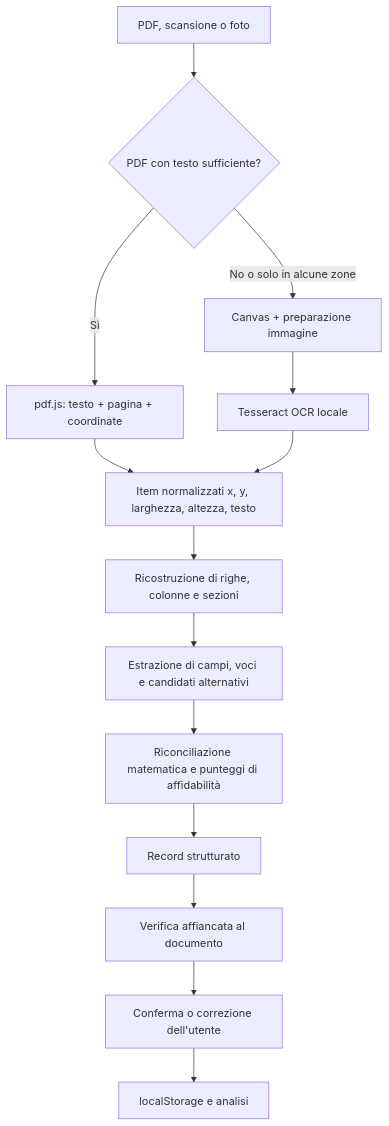
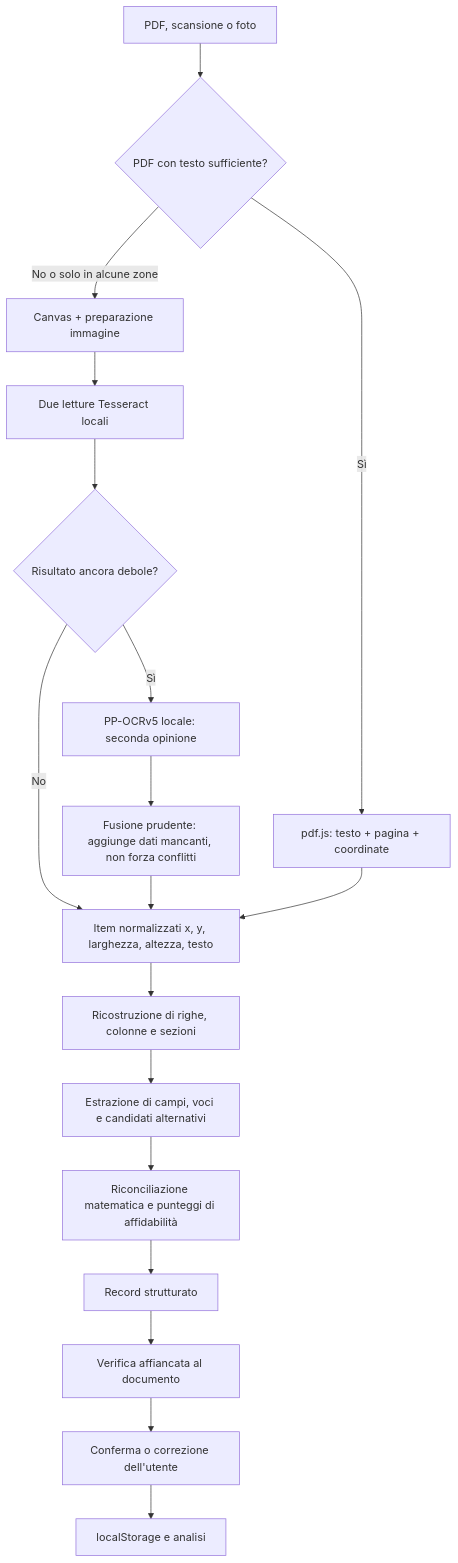
The diagram in README.md (MarvinBonazzo/bustachiara), drawn with Mermaid before and after one commit. The commit also changed other lines of this file and 23 other files, not shown here.

````diff
--- a/README.md
+++ b/README.md
@@ -431,16 +435,20 @@
 ```mermaid
 flowchart TD
     A["PDF, scansione o foto"] --> B{"PDF con testo sufficiente?"}
     B -->|Sì| C["pdf.js: testo + pagina + coordinate"]
     B -->|No o solo in alcune zone| D["Canvas + preparazione immagine"]
-    D --> E["Tesseract OCR locale"]
+    D --> E["Due letture Tesseract locali"]
+    E --> Q{"Risultato ancora debole?"}
+    Q -->|Sì| R["PP-OCRv5 locale: seconda opinione"]
+    Q -->|No| F
+    R --> S["Fusione prudente: aggiunge dati mancanti, non forza conflitti"]
+    S --> F
     C --> F["Item normalizzati x, y, larghezza, altezza, testo"]
-    E --> F
     F --> G["Ricostruzione di righe, colonne e sezioni"]
     G --> H["Estrazione di campi, voci e candidati alternativi"]
     H --> I["Riconciliazione matematica e punteggi di affidabilità"]
     I --> J["Record strutturato"]
     J --> K["Verifica affiancata al documento"]
     K --> L["Conferma o correzione dell'utente"]
     L --> M["localStorage e analisi"]
 ```
````
